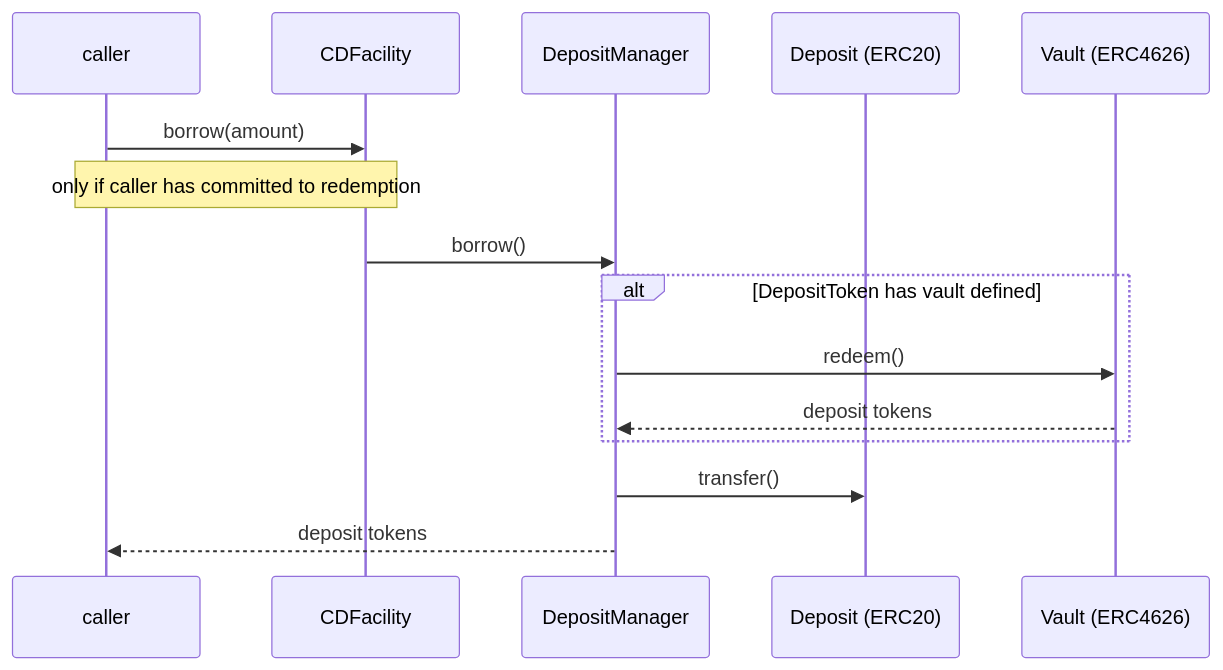
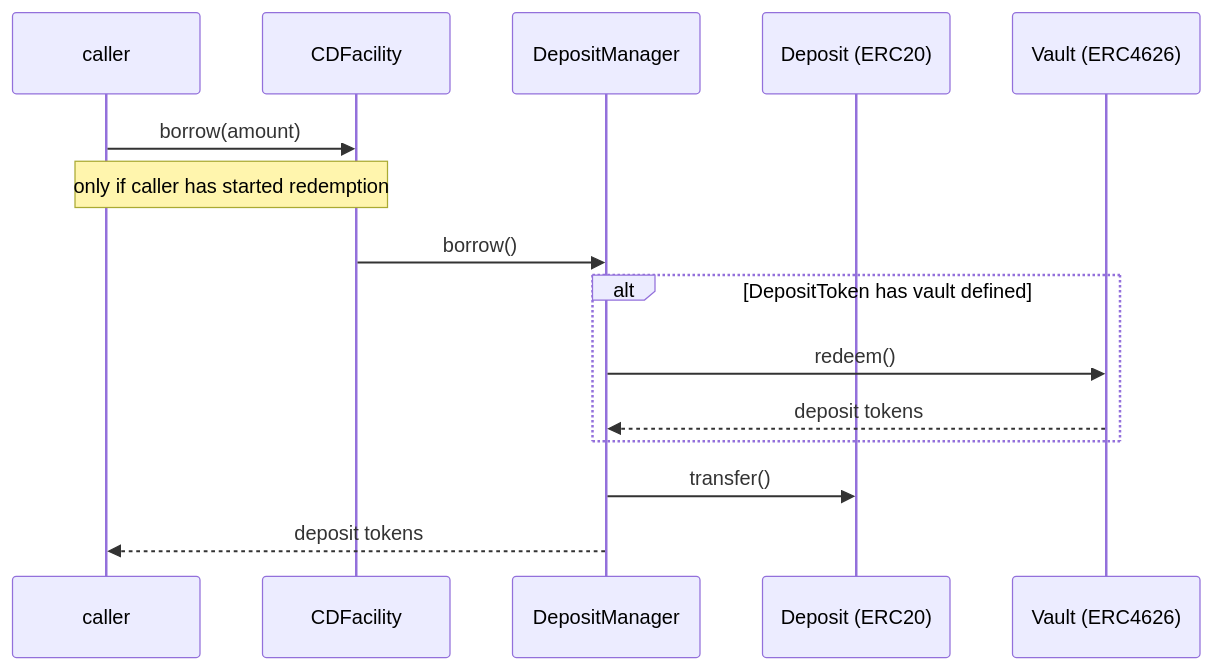
Before and after one commit to OlympusDAO/olympus-v3: the ninth of 9 diagrams in audit/2025-01_convertible-deposits/README.md, drawn with Mermaid. The commit also changed other lines of this file and 16 other files, not shown here.

````diff
--- a/audit/2025-01_convertible-deposits/README.md
+++ b/audit/2025-01_convertible-deposits/README.md
@@ -400,18 +400,18 @@
 ```mermaid
 sequenceDiagram
     participant caller
     participant CDFacility
     participant DepositManager
     participant DepositToken as Deposit (ERC20)
     participant VaultToken as Vault (ERC4626)
 
     caller->>CDFacility: borrow(amount)
-    note over caller, CDFacility: only if caller has committed to redemption
+    note over caller, CDFacility: only if caller has started redemption
     CDFacility->>DepositManager: borrow()
     alt DepositToken has vault defined
     DepositManager->>VaultToken: redeem()
     VaultToken-->>DepositManager: deposit tokens
     end
     DepositManager->>DepositToken: transfer()
     DepositManager-->>caller: deposit tokens
 ```
````
